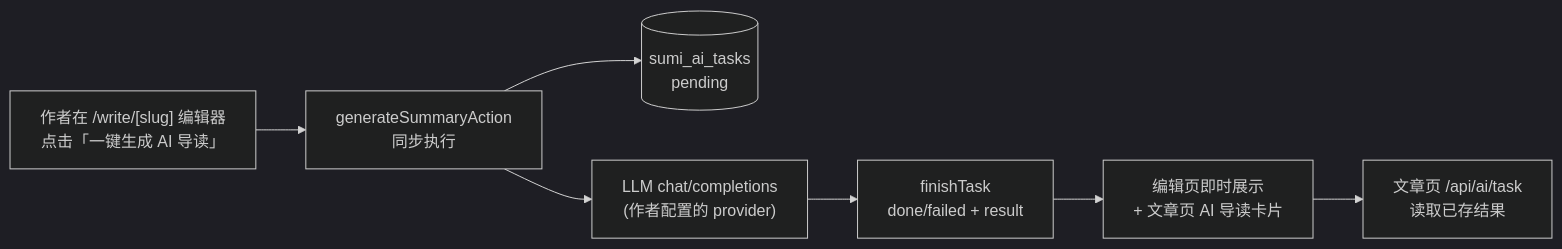
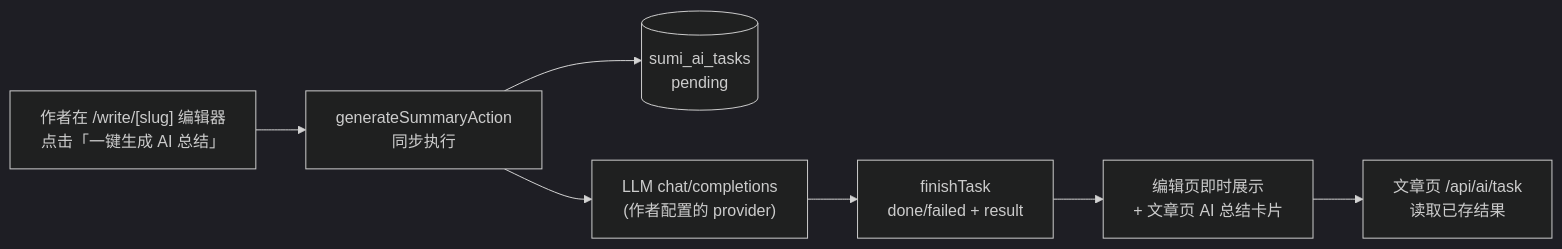
The third of 12 diagrams in docs/ARCHITECTURE.md (fuyucn/sumi), drawn with Mermaid (dark theme) before and after one commit. The commit also changed other lines of this file and 10 other files, not shown here.

````diff
--- a/docs/ARCHITECTURE.md
+++ b/docs/ARCHITECTURE.md
@@ -203,9 +203,9 @@
 ```mermaid
 graph LR
-    E["作者在 /write/[slug] 编辑器<br/>点击「一键生成 AI 导读」"] --> A["generateSummaryAction<br/>同步执行"]
+    E["作者在 /write/[slug] 编辑器<br/>点击「一键生成 AI 总结」"] --> A["generateSummaryAction<br/>同步执行"]
     A --> T[("sumi_ai_tasks<br/>pending")]
     A --> L["LLM chat/completions<br/>(作者配置的 provider)"]
     L --> F["finishTask<br/>done/failed + result"]
-    F --> R["编辑页即时展示<br/>+ 文章页 AI 导读卡片"]
+    F --> R["编辑页即时展示<br/>+ 文章页 AI 总结卡片"]
     R --> U["文章页 /api/ai/task<br/>读取已存结果"]
 ```
````
